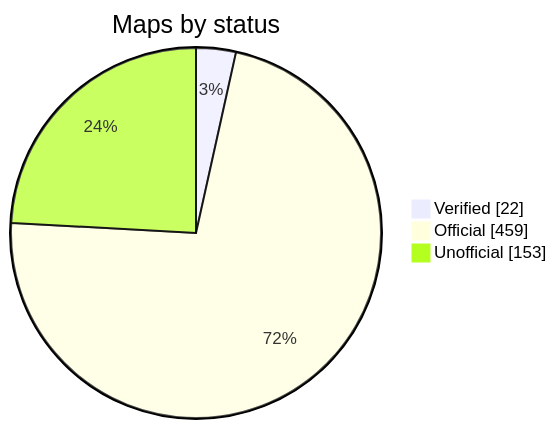
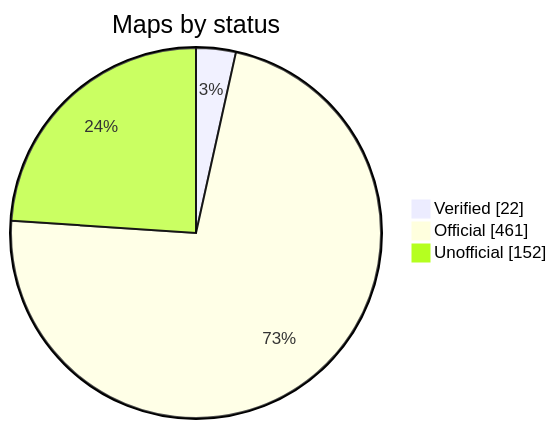
One commit to nobrega8/mbmap-library changed the diagram in README.md. Above: the diagram before and after it, drawn with Mermaid. The commit also changed 6 other files, not shown here.

````diff
--- a/README.md
+++ b/README.md
@@ -52,7 +52,7 @@
 ```mermaid
 pie showData
     title Maps by status
     "Verified" : 22
-    "Official" : 459
-    "Unofficial" : 153
+    "Official" : 461
+    "Unofficial" : 152
 ```
````
